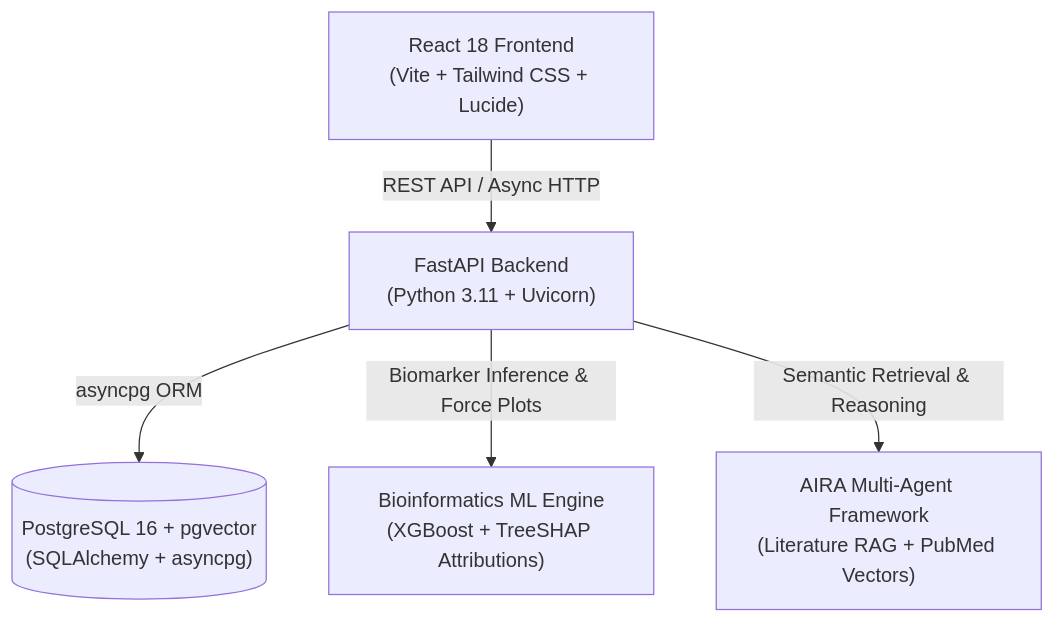
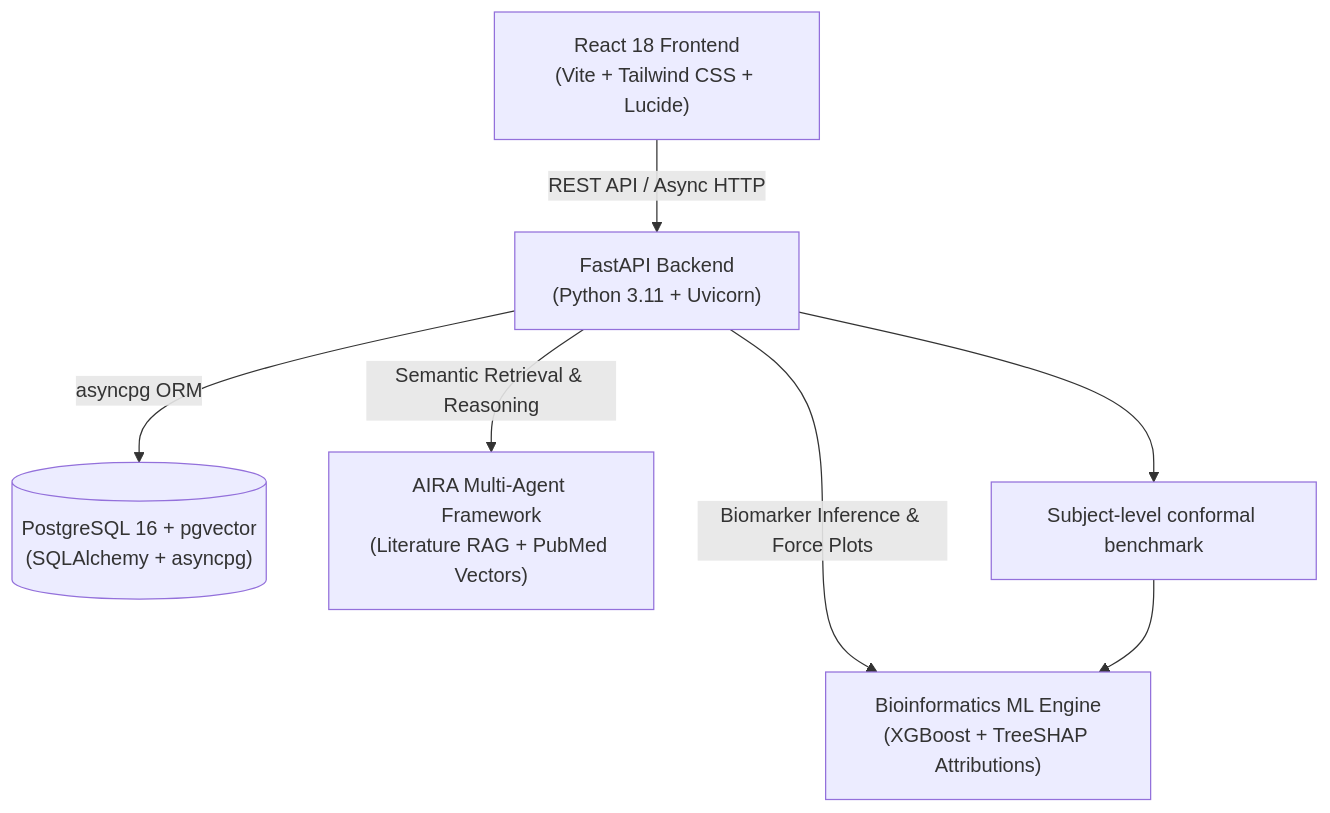
One commit to Narasimhamanam/ADAM-project changed the diagram in README.md. Above: the diagram before and after it, drawn with Mermaid. The commit also changed other lines of this file and 2 other files, not shown here.

Commit message:
docs: record audit findings and measured benchmark results

````diff
--- a/README.md
+++ b/README.md
@@ -17,13 +16,15 @@
 ```mermaid
 graph TD
     UI["React 18 Frontend<br/>(Vite + Tailwind CSS + Lucide)"]
     API["FastAPI Backend<br/>(Python 3.11 + Uvicorn)"]
     DB[("PostgreSQL 16 + pgvector<br/>(SQLAlchemy + asyncpg)")]
     ML["Bioinformatics ML Engine<br/>(XGBoost + TreeSHAP Attributions)"]
     AIRA["AIRA Multi-Agent Framework<br/>(Literature RAG + PubMed Vectors)"]
 
     UI -->|REST API / Async HTTP| API
     API -->|asyncpg ORM| DB
     API -->|Biomarker Inference & Force Plots| ML
     API -->|Semantic Retrieval & Reasoning| AIRA
+    API --> STUDY["Subject-level conformal benchmark"]
+    STUDY --> ML
 ```
````
